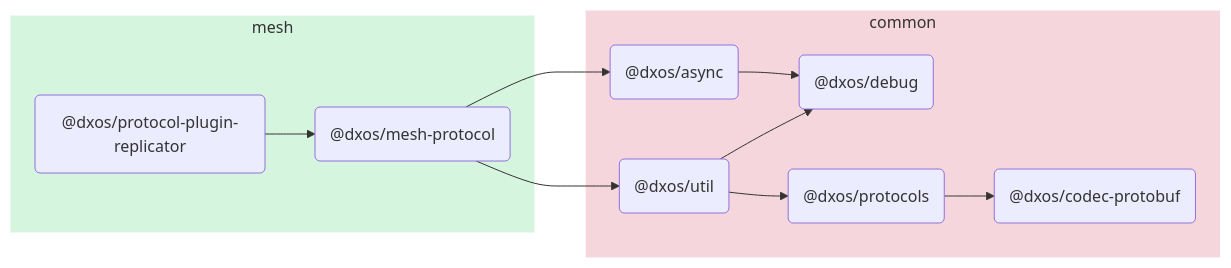
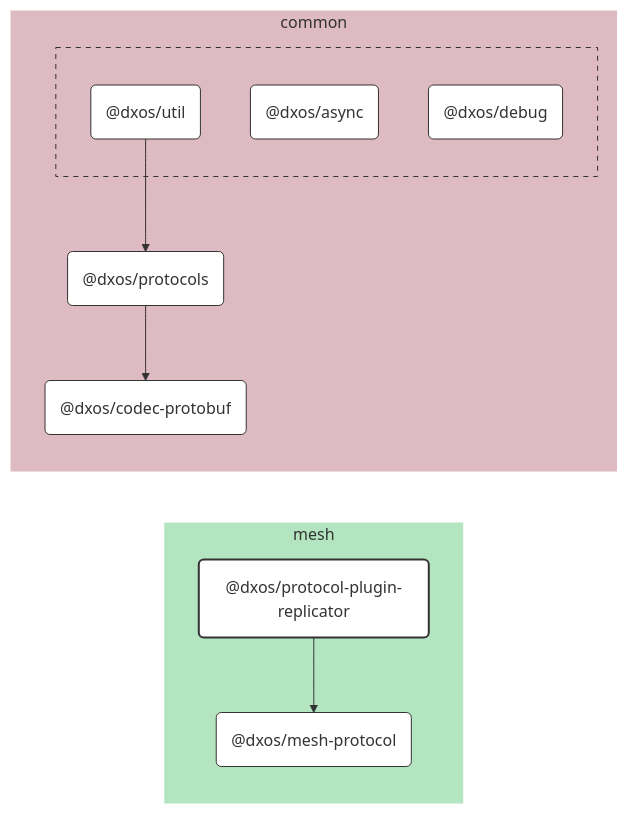
One commit to dxos/dxos changed the diagram in packages/mesh/protocol-plugin-replicator/docs/README.md. Above: the diagram before and after it, drawn with Mermaid. The commit also changed other lines of this file and 109 other files, not shown here.

````diff
--- a/packages/mesh/protocol-plugin-replicator/docs/README.md
+++ b/packages/mesh/protocol-plugin-replicator/docs/README.md
@@ -5,26 +7,56 @@
 ```mermaid
-flowchart LR;
+%%{ init: {'flowchart':{'curve':'basis'}} }%%
 
+flowchart LR
+
+%% Links
+dxos/protocol-plugin-replicator --> dxos/mesh-protocol;
+dxos/protocols --> dxos/codec-protobuf;
+dxos/util --> dxos/protocols;
+
+%% Sections
 subgraph mesh
-  style mesh fill:#d6f5de,stroke:#fff;
-  dxos/protocol-plugin-replicator("@dxos/protocol-plugin-replicator");
-  dxos/mesh-protocol("@dxos/mesh-protocol");
+  style mesh fill:#b3e6c0,stroke:#fff;
+
+  dxos/mesh-protocol("@dxos/mesh-protocol")
+  dxos/protocol-plugin-replicator("@dxos/protocol-plugin-replicator")
 end
 
 subgraph common
-  style common fill:#f5d6dd,stroke:#fff;
-  dxos/async("@dxos/async");
-  dxos/debug("@dxos/debug");
-  dxos/codec-protobuf("@dxos/codec-protobuf");
-  dxos/util("@dxos/util");
-  dxos/protocols("@dxos/protocols");
+  style common fill:#debac2,stroke:#fff;
+
+  dxos/codec-protobuf("@dxos/codec-protobuf")
+  dxos/protocols("@dxos/protocols")
+
+  subgraph common-excluded [ ]
+    style common-excluded fill:#debac2,stroke:#333,stroke-dasharray:5 5;
+
+    dxos/async("@dxos/async")
+    dxos/debug("@dxos/debug")
+    dxos/util("@dxos/util")
+  end
 end
 
-dxos/async --> dxos/debug;
-dxos/protocol-plugin-replicator --> dxos/mesh-protocol;
-dxos/mesh-protocol --> dxos/async;
-dxos/mesh-protocol --> dxos/util;
-dxos/util --> dxos/debug;
-dxos/util --> dxos/protocols;
-dxos/protocols --> dxos/codec-protobuf;
+
+%% Hyperlinks
+click dxos/async href "https:/github.com/dxos/dxos/tree/main/packages/common/async/docs";
+click dxos/codec-protobuf href "https:/github.com/dxos/dxos/tree/main/packages/common/codec-protobuf/docs";
+click dxos/debug href "https:/github.com/dxos/dxos/tree/main/packages/common/debug/docs";
+click dxos/mesh-protocol href "https:/github.com/dxos/dxos/tree/main/packages/mesh/mesh-protocol/docs";
+click dxos/protocols href "https:/github.com/dxos/dxos/tree/main/packages/common/protocols/docs";
+click dxos/util href "https:/github.com/dxos/dxos/tree/main/packages/common/util/docs";
+
+%% Styles
+classDef rootNode fill:#fff,stroke:#333,stroke-width:2px
+classDef defaultNode fill:#fff,stroke:#333,stroke-width:1px
+linkStyle default stroke:#333,stroke-width:1px
+
+dxos/protocol-plugin-replicator:::rootNode
+
+dxos/async:::defaultNode
+dxos/codec-protobuf:::defaultNode
+dxos/debug:::defaultNode
+dxos/mesh-protocol:::defaultNode
+dxos/protocols:::defaultNode
+dxos/util:::defaultNode
 ```
````
